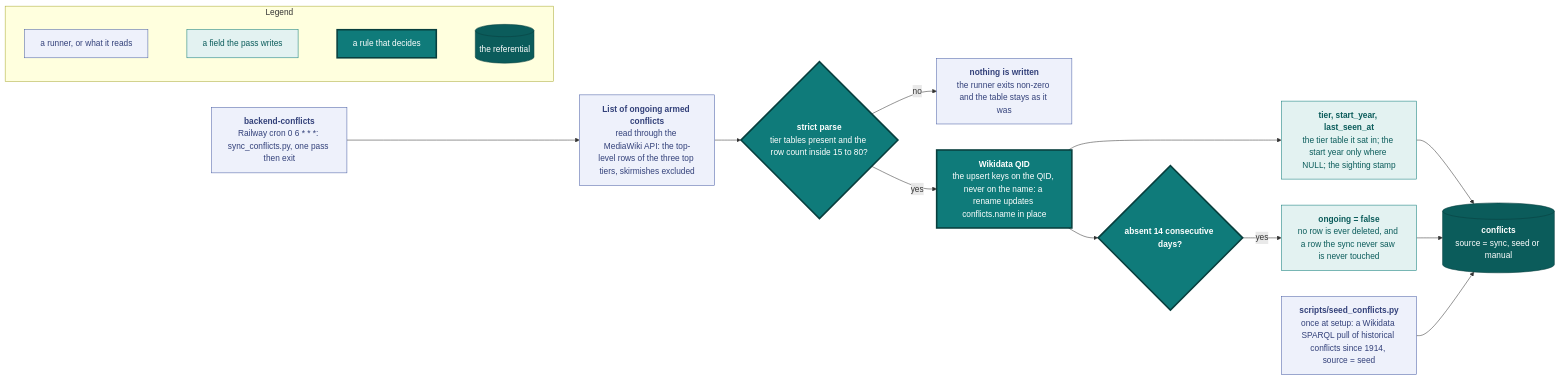
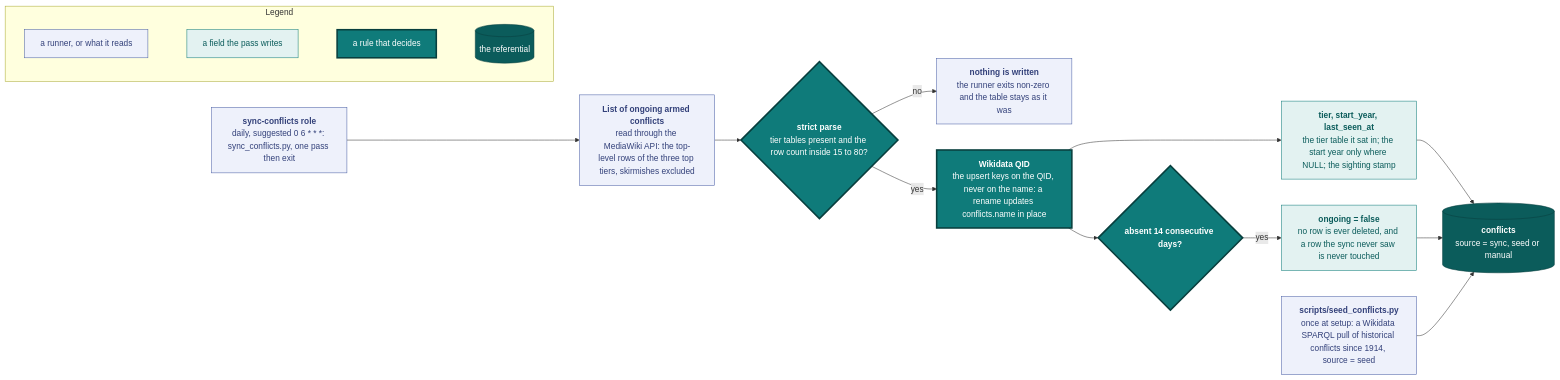
One commit to vidithq/vidit changed the diagram in docs/conflicts.md. Above: the diagram before and after it, drawn with Mermaid. The commit also changed other lines of this file and 18 other files, not shown here.

````diff
--- a/docs/conflicts.md
+++ b/docs/conflicts.md
@@ -5,43 +5,43 @@
 ```mermaid
 flowchart LR
   classDef spec fill:#eef1fb,stroke:#4a5fa5,color:#33417a
   classDef shared fill:#e3f2f1,stroke:#0f7b7a,color:#0b5c5b
   classDef core fill:#0f7b7a,stroke:#083f3e,stroke-width:3px,color:#ffffff
   classDef store fill:#0b5c5b,stroke:#083f3e,color:#ffffff
 
   subgraph legend [Legend]
     direction LR
     l1["`a runner, or what it reads`"]:::spec
     l2["`a field the pass writes`"]:::shared
     l3["`a rule that decides`"]:::core
     l4[("`the referential`")]:::store
     l1 ~~~ l2 ~~~ l3 ~~~ l4
   end
 
-  cron["`**backend-conflicts**
-  Railway cron 0 6 * * *: sync_conflicts.py, one pass then exit`"]:::spec
+  cron["`**sync-conflicts role**
+  daily, suggested 0 6 * * *: sync_conflicts.py, one pass then exit`"]:::spec
   page["`**List of ongoing armed conflicts**
   read through the MediaWiki API: the top-level rows of the three top tiers, skirmishes excluded`"]:::spec
   strict{"`**strict parse**
   tier tables present and the row count inside 15 to 80?`"}:::core
   abort["`**nothing is written**
   the runner exits non-zero and the table stays as it was`"]:::spec
   qid["`**Wikidata QID**
   the upsert keys on the QID, never on the name: a rename updates conflicts.name in place`"]:::core
   fields["`**tier, start_year, last_seen_at**
   the tier table it sat in; the start year only where NULL; the sighting stamp`"]:::shared
   grace{"`**absent 14 consecutive days?**`"}:::core
   off["`**ongoing = false**
   no row is ever deleted, and a row the sync never saw is never touched`"]:::shared
   table[("`**conflicts**
   source = sync, seed or manual`")]:::store
   seed["`**scripts/seed_conflicts.py**
   once at setup: a Wikidata SPARQL pull of historical conflicts since 1914, source = seed`"]:::spec
 
   cron --> page --> strict
   strict -- "no" --> abort
   strict -- "yes" --> qid --> fields --> table
   qid --> grace
   grace -- "yes" --> off --> table
   seed --> table
 ```
````
